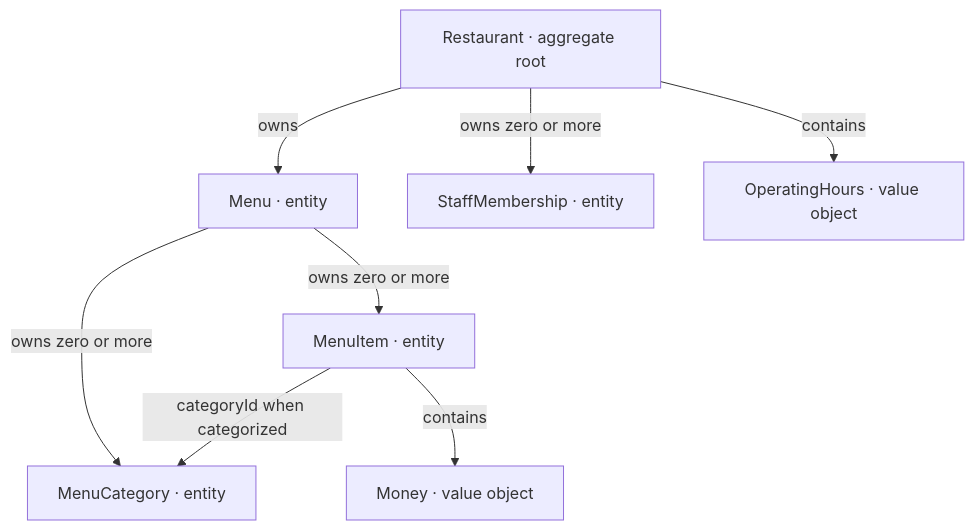
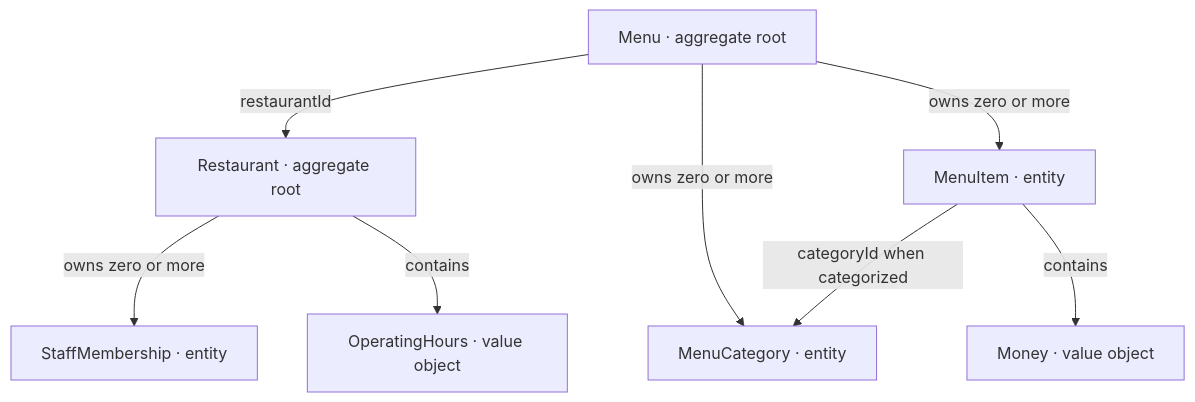
One commit to shaharDAli/buggy-systems changed the third of 6 diagrams in docs/buggy-entity-graph.md. Above: the diagram before and after it, drawn with Mermaid. The commit also changed other lines of this file and 30 other files, not shown here.

````diff
--- a/docs/buggy-entity-graph.md
+++ b/docs/buggy-entity-graph.md
@@ -45,10 +45,10 @@
 ```mermaid
 flowchart TB
-    Restaurant["Restaurant · aggregate root"] -->|owns| Menu["Menu · entity"]
-    Restaurant -->|owns zero or more| Membership["StaffMembership · entity"]
+    Restaurant["Restaurant · aggregate root"] -->|owns zero or more| Membership["StaffMembership · entity"]
     Restaurant -->|contains| Hours["OperatingHours · value object"]
+    Menu["Menu · aggregate root"] -->|restaurantId| Restaurant
     Menu -->|owns zero or more| Item["MenuItem · entity"]
     Menu -->|owns zero or more| Category["MenuCategory · entity"]
     Item -->|categoryId when categorized| Category
     Item -->|contains| Price["Money · value object"]
 ```
````
